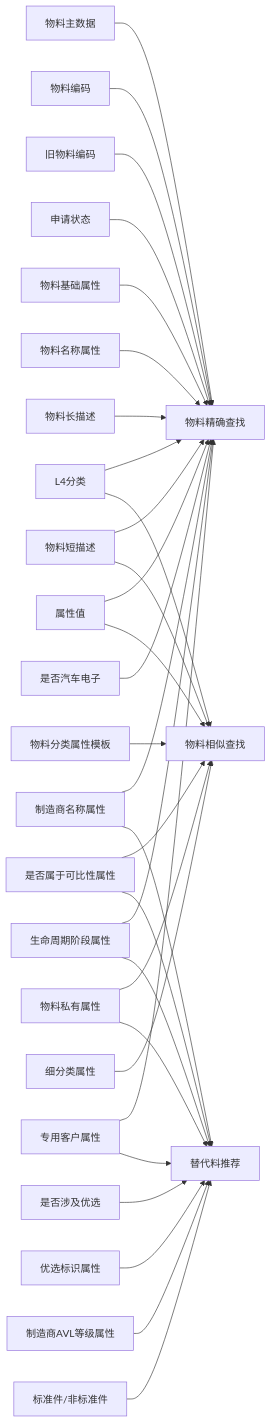
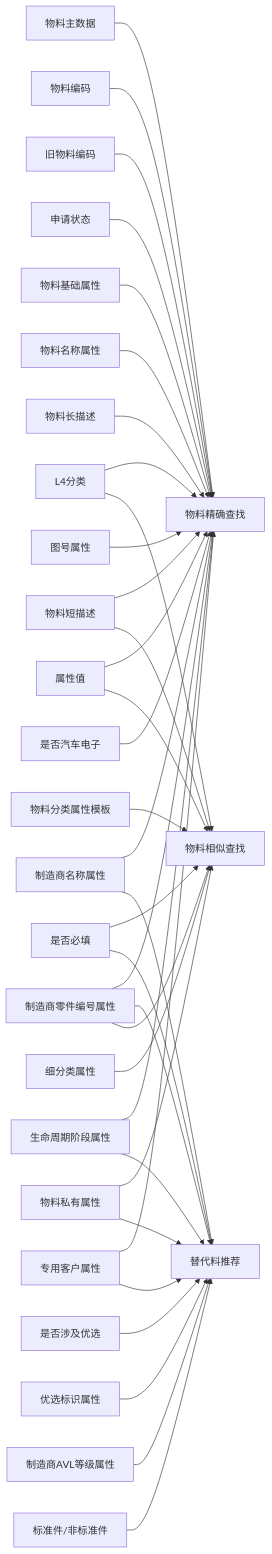
The third of 3 diagrams in projects/物料主数据知识图谱/output/semantic_network.md (waynefeng26/het-semantica), drawn with Mermaid before and after one commit. The commit also changed other lines of this file and 20 other files, not shown here.

Commit message:
物料主数据知识图谱

````diff
--- a/projects/物料主数据知识图谱/output/semantic_network.md
+++ b/projects/物料主数据知识图谱/output/semantic_network.md
@@ -36,33 +36,37 @@
 ```mermaid
 graph LR
     n1["物料主数据"] --> n14["物料精确查找"]
     n15["物料编码"] --> n14["物料精确查找"]
     n16["旧物料编码"] --> n14["物料精确查找"]
     n17["申请状态"] --> n14["物料精确查找"]
     n18["L4分类"] --> n14["物料精确查找"]
     n0["物料基础属性"] --> n14["物料精确查找"]
     n19["物料名称属性"] --> n14["物料精确查找"]
     n20["物料短描述"] --> n14["物料精确查找"]
     n21["物料长描述"] --> n14["物料精确查找"]
     n22["属性值"] --> n14["物料精确查找"]
     n23["制造商名称属性"] --> n14["物料精确查找"]
-    n24["生命周期阶段属性"] --> n14["物料精确查找"]
-    n25["专用客户属性"] --> n14["物料精确查找"]
-    n26["是否汽车电子"] --> n14["物料精确查找"]
-    n18["L4分类"] --> n27["物料相似查找"]
-    n5["物料分类属性模板"] --> n27["物料相似查找"]
-    n28["是否属于可比性属性"] --> n27["物料相似查找"]
-    n22["属性值"] --> n27["物料相似查找"]
-    n20["物料短描述"] --> n27["物料相似查找"]
-    n2["物料私有属性"] --> n27["物料相似查找"]
-    n29["细分类属性"] --> n27["物料相似查找"]
-    n2["物料私有属性"] --> n30["替代料推荐"]
-    n28["是否属于可比性属性"] --> n30["替代料推荐"]
-    n31["是否涉及优选"] --> n30["替代料推荐"]
-    n32["优选标识属性"] --> n30["替代料推荐"]
-    n33["制造商AVL等级属性"] --> n30["替代料推荐"]
-    n34["标准件/非标准件"] --> n30["替代料推荐"]
-    n23["制造商名称属性"] --> n30["替代料推荐"]
-    n24["生命周期阶段属性"] --> n30["替代料推荐"]
-    n25["专用客户属性"] --> n30["替代料推荐"]
+    n24["制造商零件编号属性"] --> n14["物料精确查找"]
+    n25["图号属性"] --> n14["物料精确查找"]
+    n26["生命周期阶段属性"] --> n14["物料精确查找"]
+    n27["专用客户属性"] --> n14["物料精确查找"]
+    n28["是否汽车电子"] --> n14["物料精确查找"]
+    n18["L4分类"] --> n29["物料相似查找"]
+    n5["物料分类属性模板"] --> n29["物料相似查找"]
+    n30["是否必填"] --> n29["物料相似查找"]
+    n30["是否必填"] --> n31["替代料推荐"]
+    n22["属性值"] --> n29["物料相似查找"]
+    n20["物料短描述"] --> n29["物料相似查找"]
+    n2["物料私有属性"] --> n29["物料相似查找"]
+    n32["细分类属性"] --> n29["物料相似查找"]
+    n2["物料私有属性"] --> n31["替代料推荐"]
+    n33["是否涉及优选"] --> n31["替代料推荐"]
+    n34["优选标识属性"] --> n31["替代料推荐"]
+    n35["制造商AVL等级属性"] --> n31["替代料推荐"]
+    n36["标准件/非标准件"] --> n31["替代料推荐"]
+    n23["制造商名称属性"] --> n31["替代料推荐"]
+    n24["制造商零件编号属性"] --> n31["替代料推荐"]
+    n24["制造商零件编号属性"] --> n29["物料相似查找"]
+    n26["生命周期阶段属性"] --> n31["替代料推荐"]
+    n27["专用客户属性"] --> n31["替代料推荐"]
 ```
````
